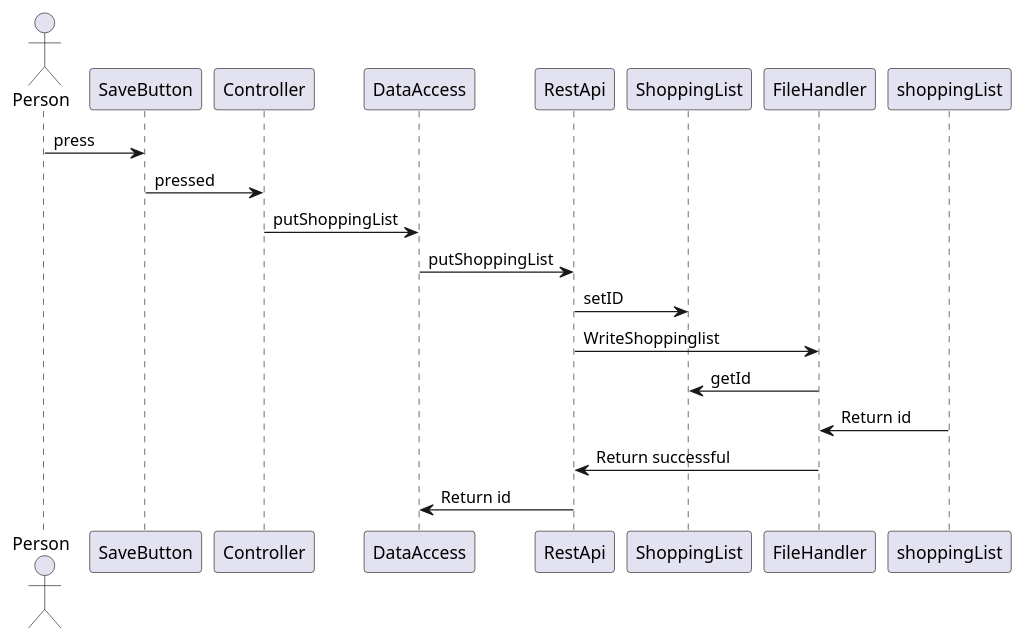
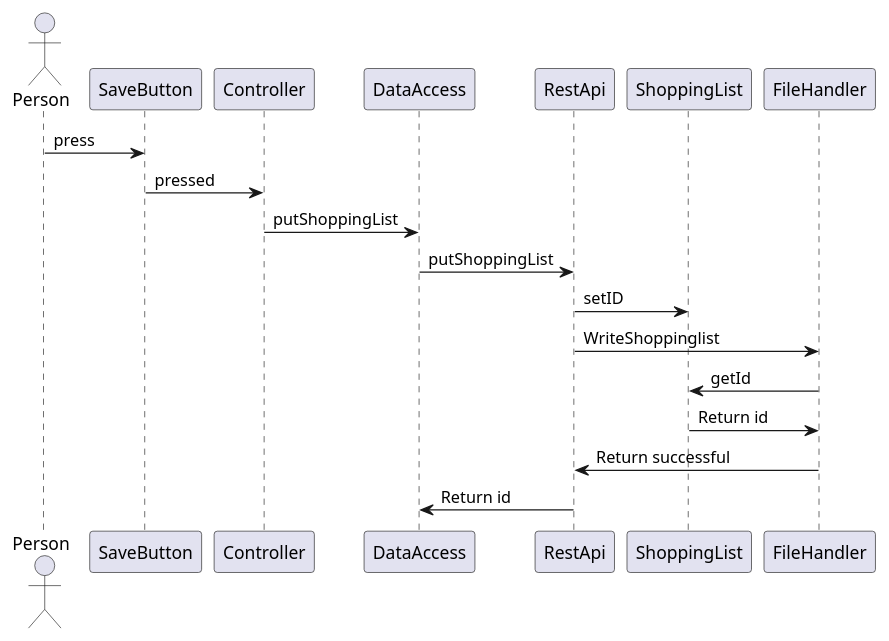
Before and after one commit to Espenbfo/shopping-list-java-project: the diagram in README.md, drawn with PlantUML.

Commit message:
Updates the Diagram in the README.md

````diff
--- a/README.md
+++ b/README.md
@@ -10,13 +10,13 @@
 ```plantuml
 actor Person
 Person -> SaveButton: press
 SaveButton -> Controller: pressed
 Controller -> DataAccess: putShoppingList
 DataAccess -> RestApi: putShoppingList
 RestApi -> ShoppingList: setID
 RestApi -> FileHandler: WriteShoppinglist
 FileHandler -> ShoppingList: getId
-shoppingList -> FileHandler: Return id
+ShoppingList -> FileHandler: Return id
 FileHandler -> RestApi: Return successful
 RestApi -> DataAccess: Return id
 ```
````
